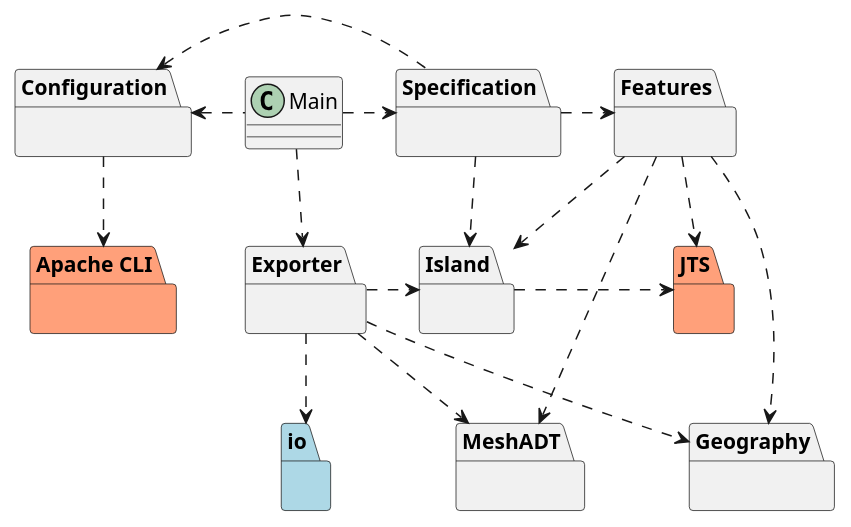
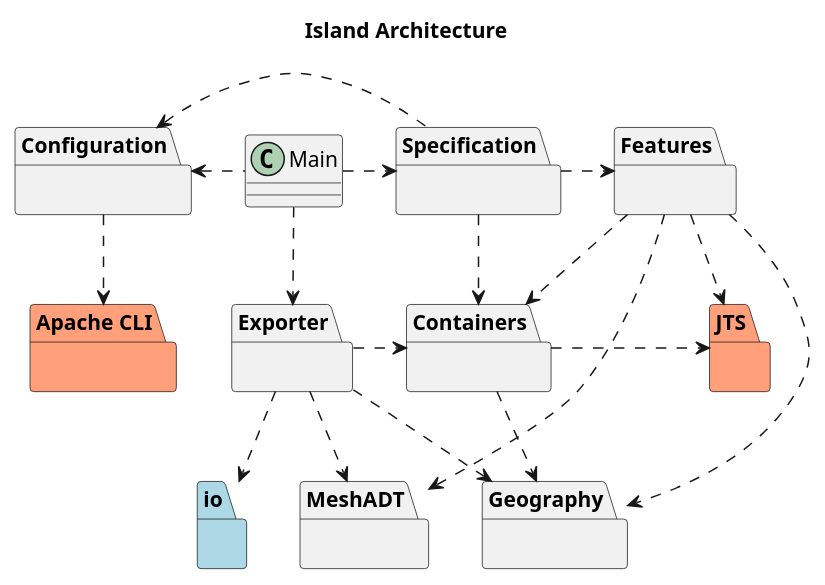
The diagram in umlDiagrams/A3/IslandArchitecture/island_arch.puml (itshady/Island-Generator), drawn with PlantUML before and after one commit. The commit also changed 1 other file, not shown here.

Commit message:
Redid Island Architecture again, to include title for uml diagram

```diff
--- a/umlDiagrams/A3/IslandArchitecture/island_arch.puml
+++ b/umlDiagrams/A3/IslandArchitecture/island_arch.puml
@@ -1,38 +1,42 @@
 @startuml
+
+title Island Architecture
 
 package Exporter {}
 package Configuration {}
 package Specification {}
-package Island {}
+package Containers {}
 package MeshADT {}
 package JTS LightSalmon {}
 package "Apache CLI" LightSalmon {}
 package io LightBlue {}
 package Geography {}
 package Features {}
 
 class Main
 
 
 Main .> Specification
 Configuration <. Main
 Configuration <. Specification
 
 Main ..> Exporter
 Exporter ..> MeshADT
-Specification ..> Island
-Exporter .> Island
+Specification ..> Containers
+Exporter .> Containers
 Exporter ..> io
 
-Island .> JTS
+Containers .> JTS
 Configuration ..> "Apache CLI"
 Exporter ..> Geography
 
 Specification .> Features
-Features ..> Island
+Features ..> Containers
 Features ..> Geography
 Features ..> MeshADT
 Features ..> JTS
 
+Containers ..> Geography
+
 
 @enduml
```
